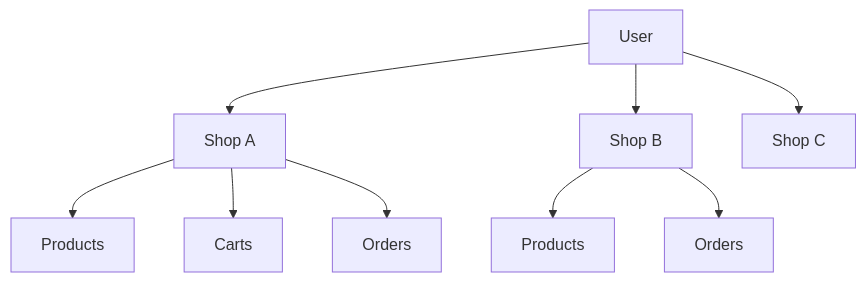
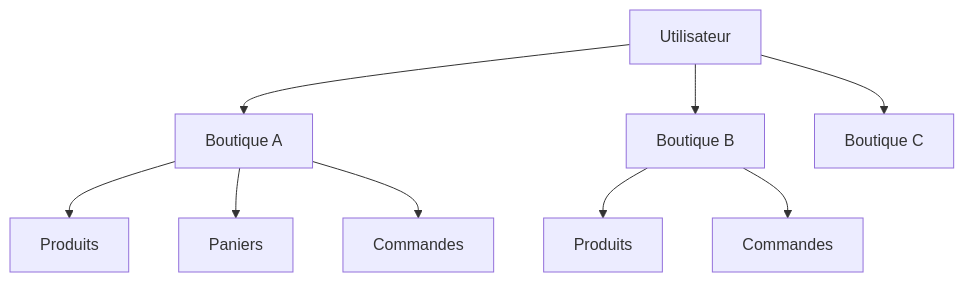
One commit to EagleFox31/shopflow changed the first of 2 diagrams in README.md. Above: the diagram before and after it, drawn with Mermaid. The commit also changed other lines of this file, not shown here.

Commit message:
docs: traduire le README ShopFlow en français

````diff
--- a/README.md
+++ b/README.md
@@ -15,11 +15,11 @@
 ```mermaid
 flowchart TD
-    U[User] --> S1[Shop A]
-    U --> S2[Shop B]
-    U --> S3[Shop C]
-    S1 --> P1[Products]
-    S1 --> C1[Carts]
-    S1 --> O1[Orders]
-    S2 --> P2[Products]
-    S2 --> O2[Orders]
+    U[Utilisateur] --> S1[Boutique A]
+    U --> S2[Boutique B]
+    U --> S3[Boutique C]
+    S1 --> P1[Produits]
+    S1 --> C1[Paniers]
+    S1 --> O1[Commandes]
+    S2 --> P2[Produits]
+    S2 --> O2[Commandes]
 ```
````
